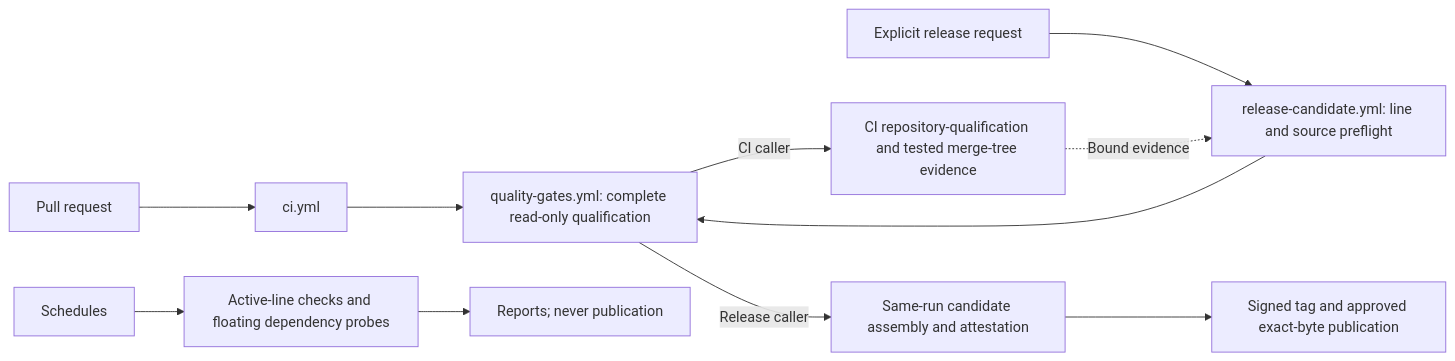
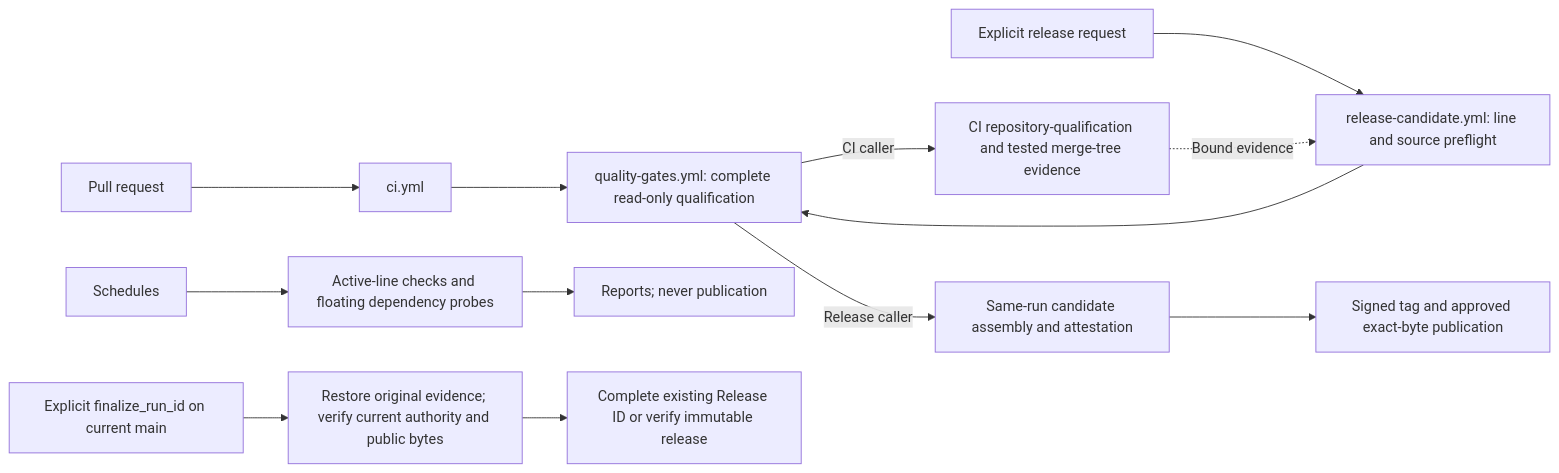
Before and after one commit to doka-labs/Doka.EntityFrameworkCore.MySql: the first of 2 diagrams in docs/operations/workflow-overview.md, drawn with Mermaid. The commit also changed other lines of this file and 79 other files, not shown here.

````diff
--- a/docs/operations/workflow-overview.md
+++ b/docs/operations/workflow-overview.md
@@ -8,13 +8,15 @@
 ```mermaid
 flowchart LR
     PR["Pull request"] --> CI["ci.yml"]
     CI --> COMMON["quality-gates.yml: complete read-only qualification"]
     COMMON -->|"CI caller"| MERGE["CI repository-qualification and tested merge-tree evidence"]
     SCHEDULE["Schedules"] --> CHECKS["Active-line checks and floating dependency probes"]
     CHECKS --> REPORTS["Reports; never publication"]
     MANUAL["Explicit release request"] --> PREFLIGHT["release-candidate.yml: line and source preflight"]
     PREFLIGHT --> COMMON
     COMMON -->|"Release caller"| ASSEMBLE["Same-run candidate assembly and attestation"]
     ASSEMBLE --> PUBLISH["Signed tag and approved exact-byte publication"]
+    COMPLETE["Explicit finalize_run_id on current main"] --> PROOF["Restore original evidence; verify current authority and public bytes"]
+    PROOF --> EXISTING["Complete existing Release ID or verify immutable release"]
     MERGE -.->|"Bound evidence"| PREFLIGHT
 ```
````
